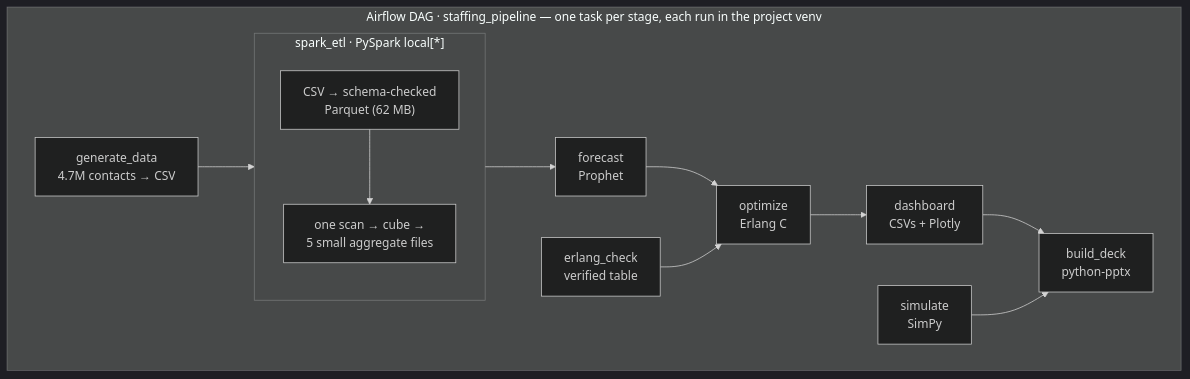
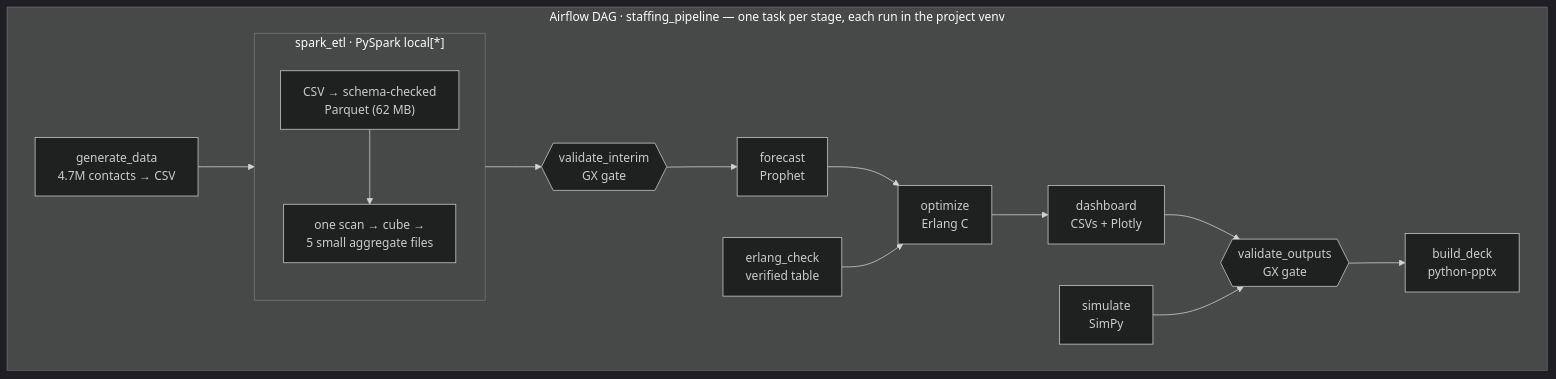
The second of 3 diagrams in README.md (hollywood-an/delta-staffing-optimizer), drawn with Mermaid (dark theme) before and after one commit. The commit also changed other lines of this file and 8 other files, not shown here.

````diff
--- a/README.md
+++ b/README.md
@@ -76,14 +76,14 @@
 ```mermaid
 flowchart LR
     subgraph AF["Airflow DAG · staffing_pipeline — one task per stage, each run in the project venv"]
         direction LR
         GEN["generate_data<br/>4.7M contacts → CSV"] --> ETL
         subgraph ETL["spark_etl · PySpark local[*]"]
             direction TB
             P1["CSV → schema-checked<br/>Parquet (62 MB)"] --> P2["one scan → cube →<br/>5 small aggregate files"]
         end
-        ETL --> FC["forecast<br/>Prophet"] --> OPT["optimize<br/>Erlang C"] --> DASH["dashboard<br/>CSVs + Plotly"] --> DECK["build_deck<br/>python-pptx"]
+        ETL --> VI{{"validate_interim<br/>GX gate"}} --> FC["forecast<br/>Prophet"] --> OPT["optimize<br/>Erlang C"] --> DASH["dashboard<br/>CSVs + Plotly"] --> VO{{"validate_outputs<br/>GX gate"}} --> DECK["build_deck<br/>python-pptx"]
         ERL["erlang_check<br/>verified table"] --> OPT
-        SIM["simulate<br/>SimPy"] --> DECK
+        SIM["simulate<br/>SimPy"] --> VO
     end
 ```
````
